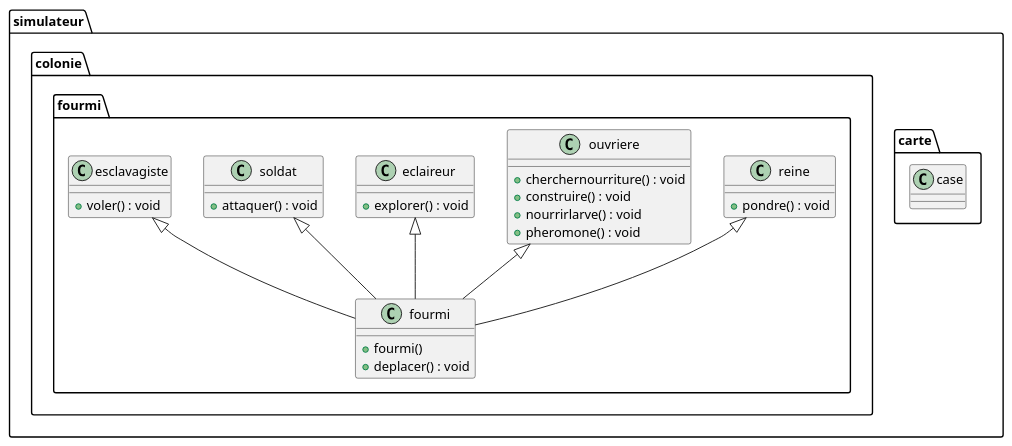
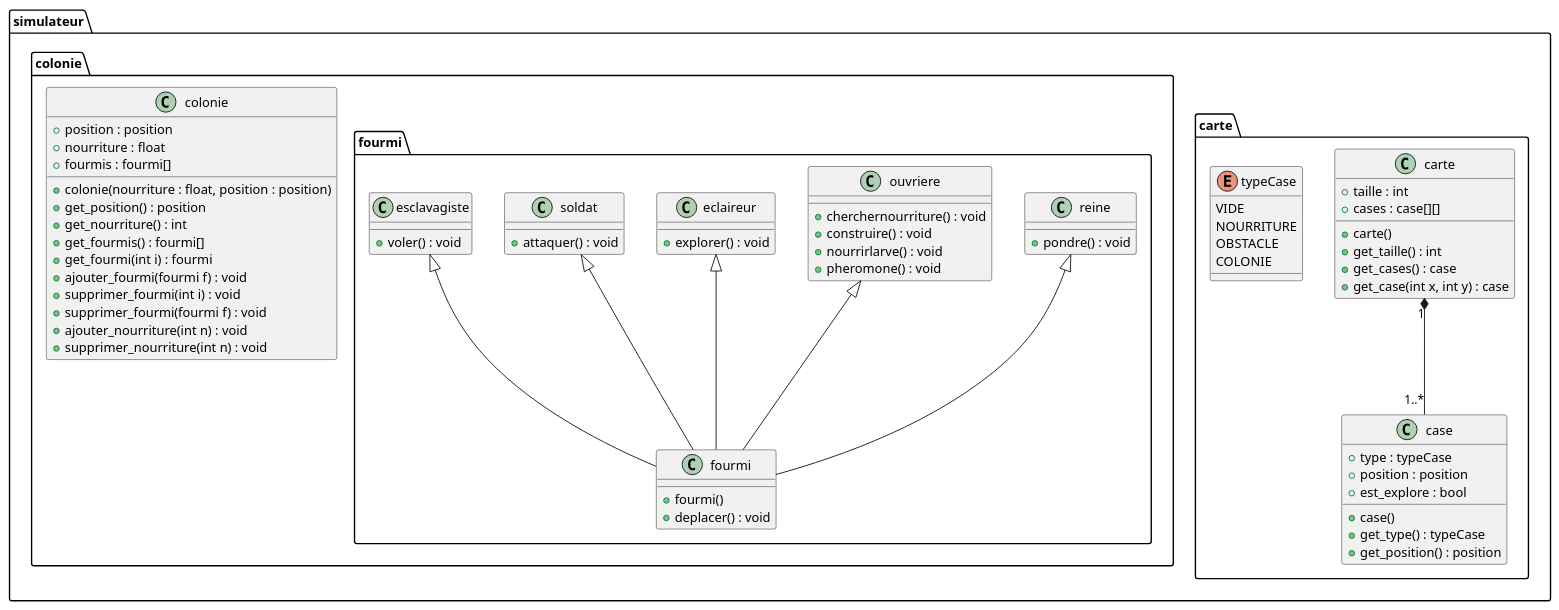
Before and after one commit to uAtomicBoolean/ant-colony: the diagram in docs/conception/classes.puml, drawn with PlantUML.

Commit message:
docs: colonie puml

```diff
--- a/docs/conception/classes.puml
+++ b/docs/conception/classes.puml
@@ -1,43 +1,82 @@
 @startuml Diagramme de classes
 namespace simulateur {
 	namespace carte {
-		class case {}
+		class carte {
+			+ taille : int
+			+ cases : case[][]
+			+ carte()
+			+ get_taille() : int
+			+ get_cases() : case
+			+ get_case(int x, int y) : case
+		}
+		class case {
+			+ type : typeCase
+			+ position : position
+			+ est_explore : bool
+			+ case()
+			+ get_type() : typeCase
+			+ get_position() : position
+		}
+		enum typeCase {
+			VIDE
+			NOURRITURE
+			OBSTACLE
+			COLONIE
+		}
+
+		carte "1" *-- "1..*" case
 	}
 
 	namespace colonie {
+		class colonie {
+			+ colonie(nourriture : float, position : position)
+			+ position : position
+			+ nourriture : float
+			+ fourmis : fourmi[]
+			+ get_position() : position
+			+ get_nourriture() : int
+			+ get_fourmis() : fourmi[]
+			+ get_fourmi(int i) : fourmi
+			+ ajouter_fourmi(fourmi f) : void
+			+ supprimer_fourmi(int i) : void
+			+ supprimer_fourmi(fourmi f) : void
+			+ ajouter_nourriture(int n) : void
+			+ supprimer_nourriture(int n) : void
+		}
+
 		namespace fourmi {
 			class fourmi {
 				+ fourmi()
 				+ deplacer() : void
 			}
 			class reine {
 				+ pondre() : void
 			}
 			class ouvriere {
 				+ cherchernourriture() : void
 				+ construire() : void
 				+ nourrirlarve() : void
 				+ pheromone() : void
 			}
 			class eclaireur {
 				+ explorer() : void
 			}
 			class soldat {
 				+ attaquer() : void
 			}
 			class esclavagiste {
 				+ voler() : void
 			}
 
 			reine <|-- fourmi
 			ouvriere <|-- fourmi
 			eclaireur <|-- fourmi
 			soldat <|-- fourmi
 			esclavagiste <|-- fourmi
 
 		}
 	}
 
 }
 
 @enduml
```
